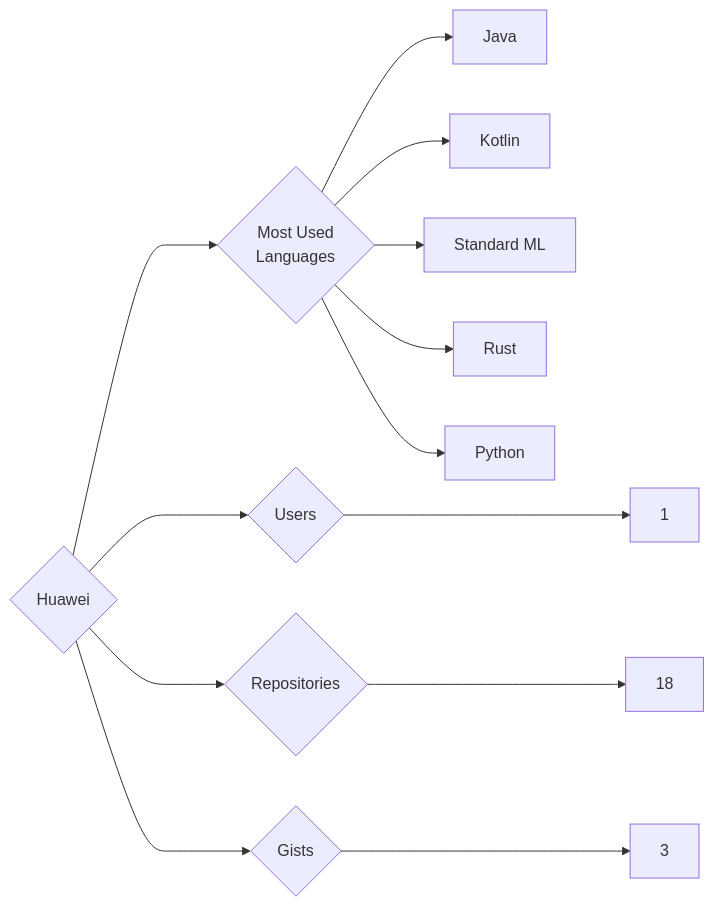
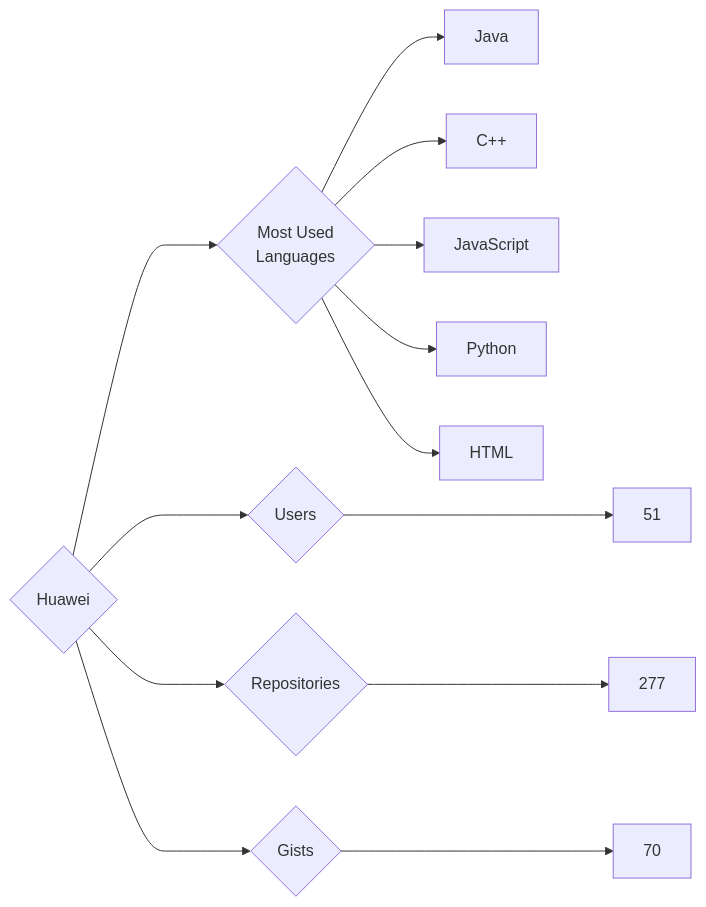
Before and after one commit to trickest/insiders: the diagram in targets/Huawei/README.md, drawn with Mermaid. The commit also changed 809 other files, not shown here.

````diff
--- a/targets/Huawei/README.md
+++ b/targets/Huawei/README.md
@@ -3,13 +3,13 @@
 ```mermaid
 graph LR
 COMPANY_NAME{Huawei}
-COMPANY_NAME ---> U{Users} ---> UN[1]
-COMPANY_NAME ---> R{Repositories} ---> RN[18]
-COMPANY_NAME ---> G{Gists} ---> GN[3]
+COMPANY_NAME ---> U{Users} ---> UN[51]
+COMPANY_NAME ---> R{Repositories} ---> RN[277]
+COMPANY_NAME ---> G{Gists} ---> GN[70]
 COMPANY_NAME ---> ML{Most Used<br>Languages}
 ML --> Java[Java]
-ML --> Kotlin[Kotlin]
-ML --> Standard_ML[Standard ML]
-ML --> Rust[Rust]
+ML --> C++[C++]
+ML --> JavaScript[JavaScript]
 ML --> Python[Python]
+ML --> HTML[HTML]
 ```
````
